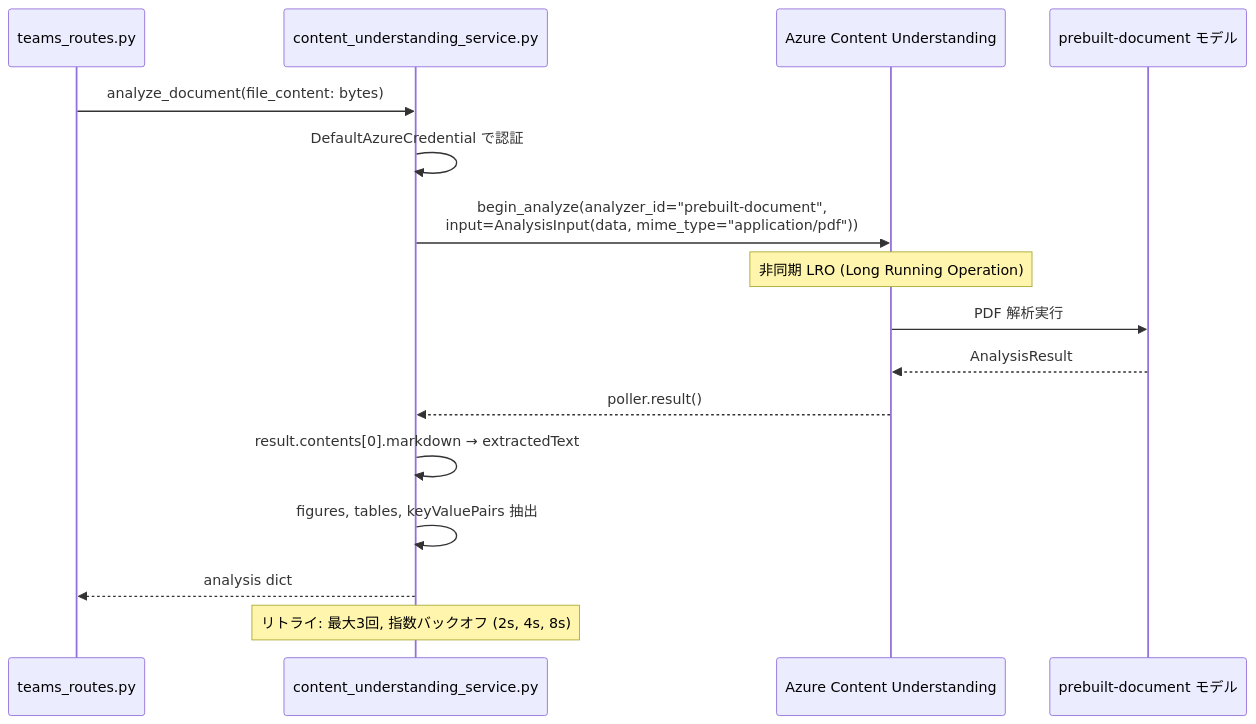
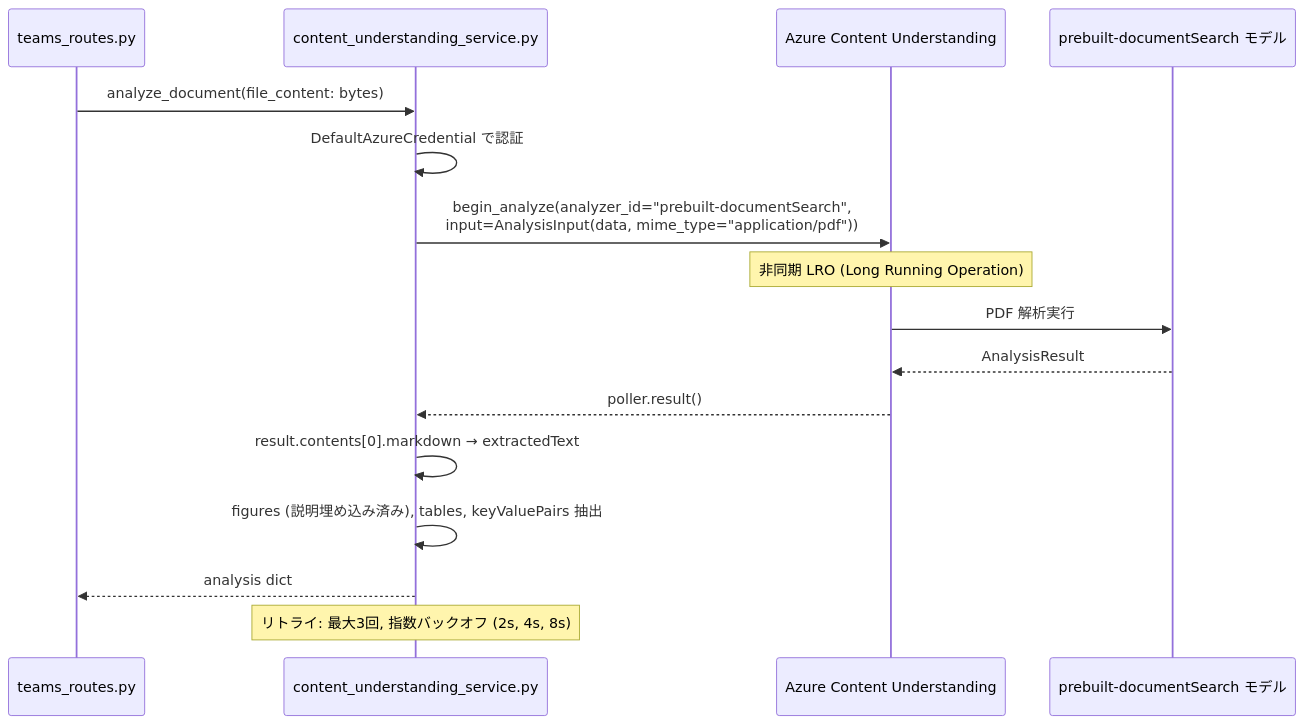
The fifth of 20 diagrams in docs/ARCHITECTURE.md (hatasaki/Manufacturing-Intelligent-Document-Management), drawn with Mermaid before and after one commit. The commit also changed other lines of this file and 11 other files, not shown here.

Commit message:
Refactor document upload and analysis process to support asynchronous handling

````diff
--- a/docs/ARCHITECTURE.md
+++ b/docs/ARCHITECTURE.md
@@ -191,19 +198,19 @@
 ```mermaid
 sequenceDiagram
     participant Route as teams_routes.py
     participant CU_SVC as content_understanding_service.py
     participant CU as Azure Content Understanding
-    participant Model as prebuilt-document モデル
+    participant Model as prebuilt-documentSearch モデル
 
     Route->>CU_SVC: analyze_document(file_content: bytes)
     CU_SVC->>CU_SVC: DefaultAzureCredential で認証
-    CU_SVC->>CU: begin_analyze(analyzer_id="prebuilt-document",<br/>input=AnalysisInput(data, mime_type="application/pdf"))
+    CU_SVC->>CU: begin_analyze(analyzer_id="prebuilt-documentSearch",<br/>input=AnalysisInput(data, mime_type="application/pdf"))
     Note over CU: 非同期 LRO (Long Running Operation)
     CU->>Model: PDF 解析実行
     Model-->>CU: AnalysisResult
     CU-->>CU_SVC: poller.result()
     CU_SVC->>CU_SVC: result.contents[0].markdown → extractedText
-    CU_SVC->>CU_SVC: figures, tables, keyValuePairs 抽出
+    CU_SVC->>CU_SVC: figures (説明埋め込み済み), tables, keyValuePairs 抽出
     CU_SVC-->>Route: analysis dict
     Note over CU_SVC: リトライ: 最大3回, 指数バックオフ (2s, 4s, 8s)
 ```
````
